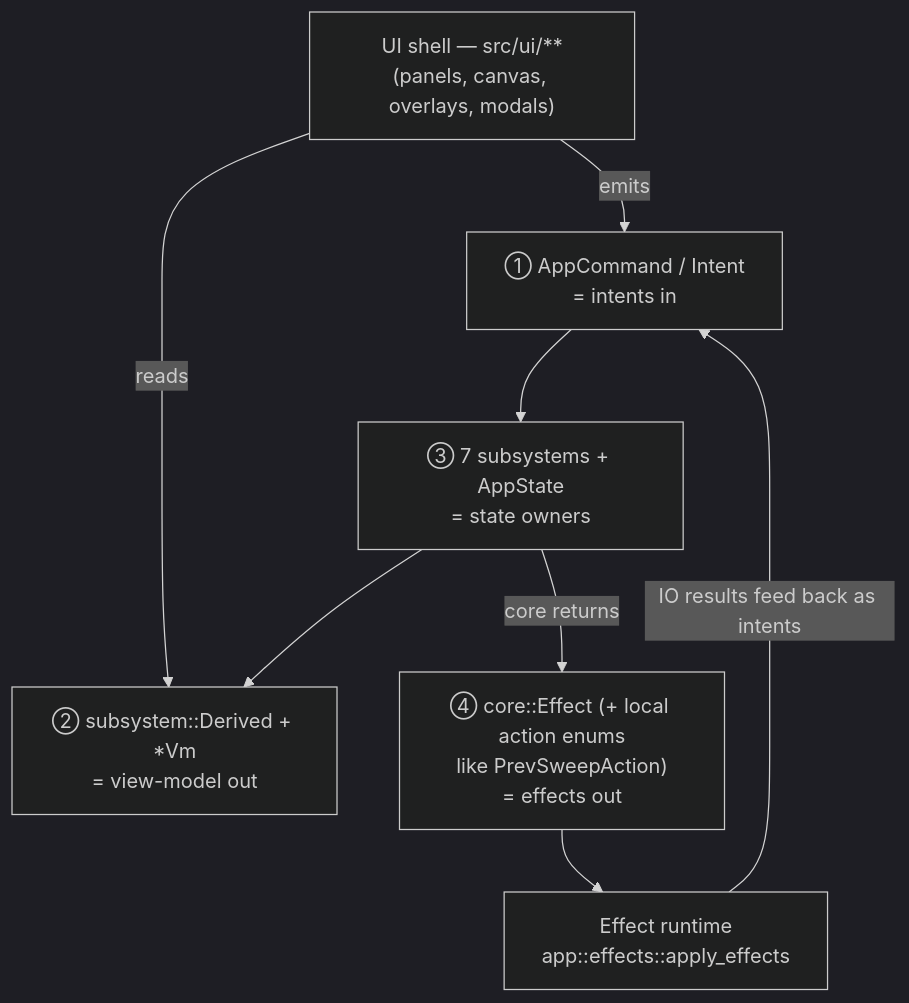
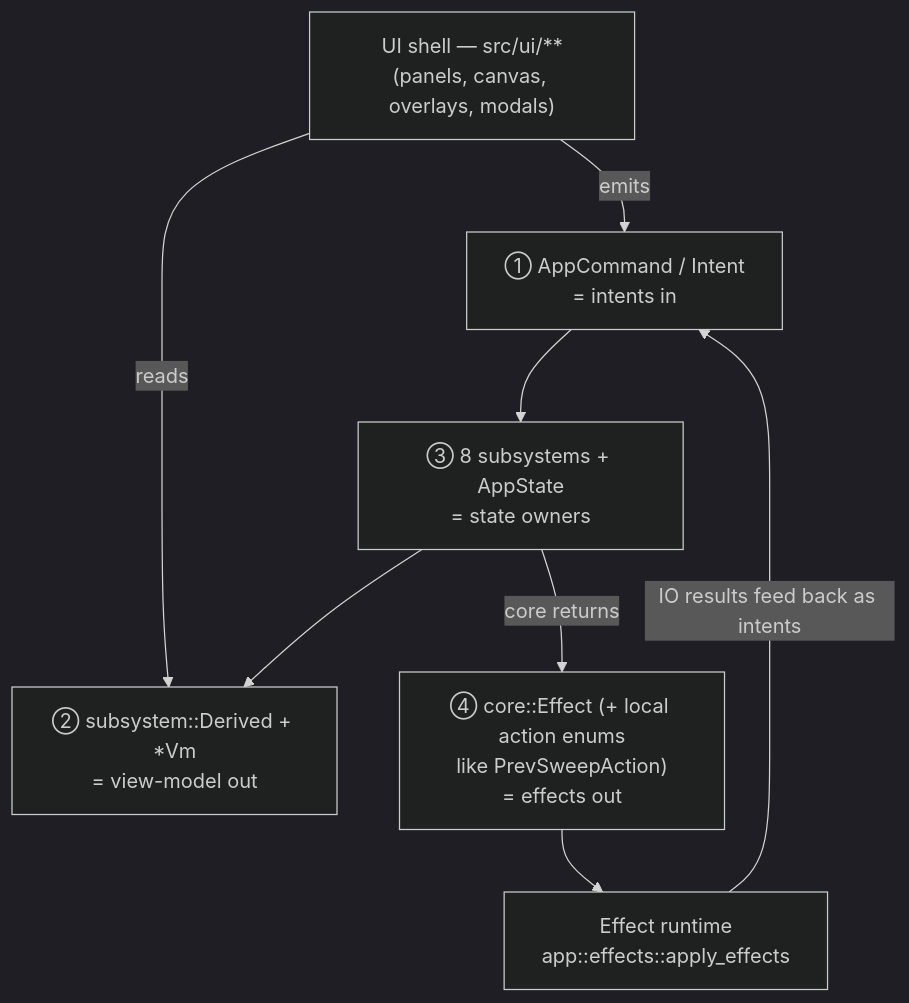
The fourth of 22 diagrams in docs/ARCHITECTURE_DIAGRAMS.md (danielway/nexrad-workbench), drawn with Mermaid (dark theme) before and after one commit. The commit also changed other lines of this file and 36 other files, not shown here.

````diff
--- a/docs/ARCHITECTURE_DIAGRAMS.md
+++ b/docs/ARCHITECTURE_DIAGRAMS.md
@@ -171,17 +171,17 @@
 ```mermaid
 flowchart TB
     ui["UI shell — src/ui/**<br/>(panels, canvas, overlays, modals)"]
     cmd["① AppCommand / Intent<br/>= intents in"]
     derived["② subsystem::Derived + *Vm<br/>= view-model out"]
-    owners["③ 7 subsystems + AppState<br/>= state owners"]
+    owners["③ 8 subsystems + AppState<br/>= state owners"]
     eff["④ core::Effect (+ local action enums<br/>like PrevSweepAction)<br/>= effects out"]
     rt["Effect runtime<br/>app::effects::apply_effects"]
 
     ui -->|emits| cmd
     ui -->|reads| derived
     cmd --> owners
     owners --> derived
     owners -->|core returns| eff
     eff --> rt
     rt -->|IO results feed back as intents| cmd
 ```
````
